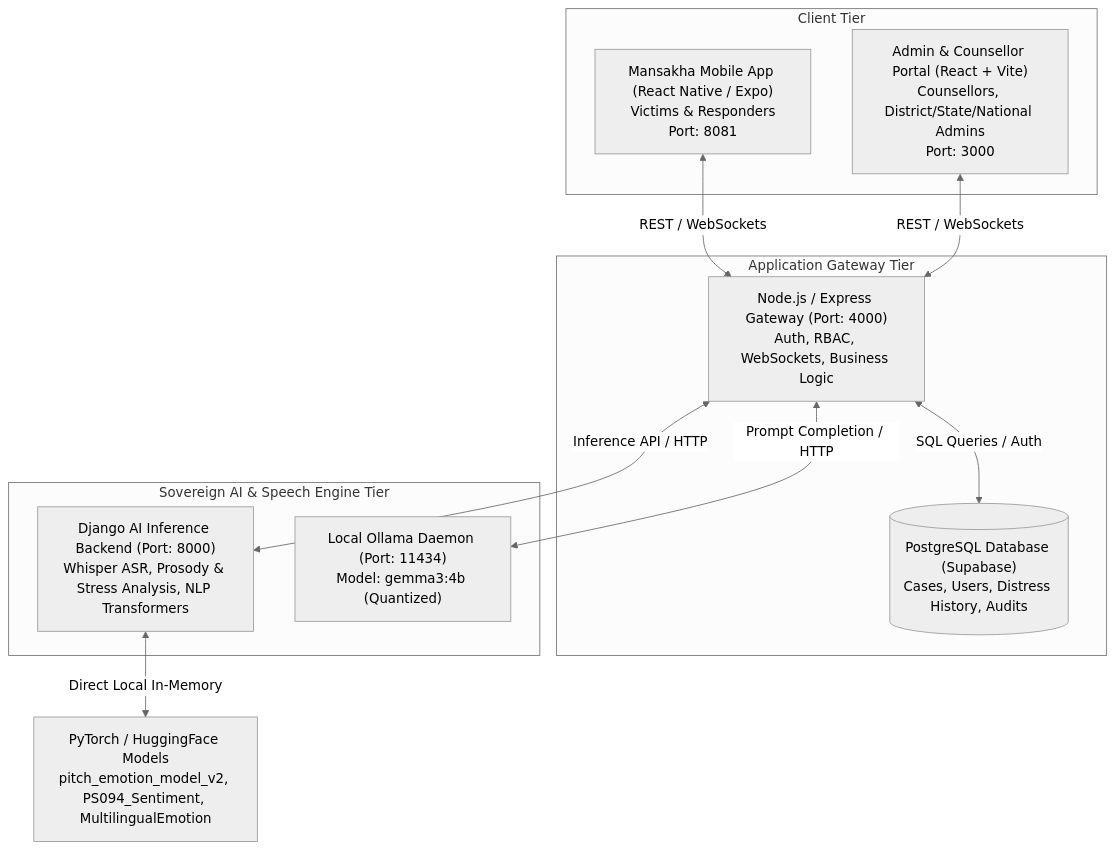
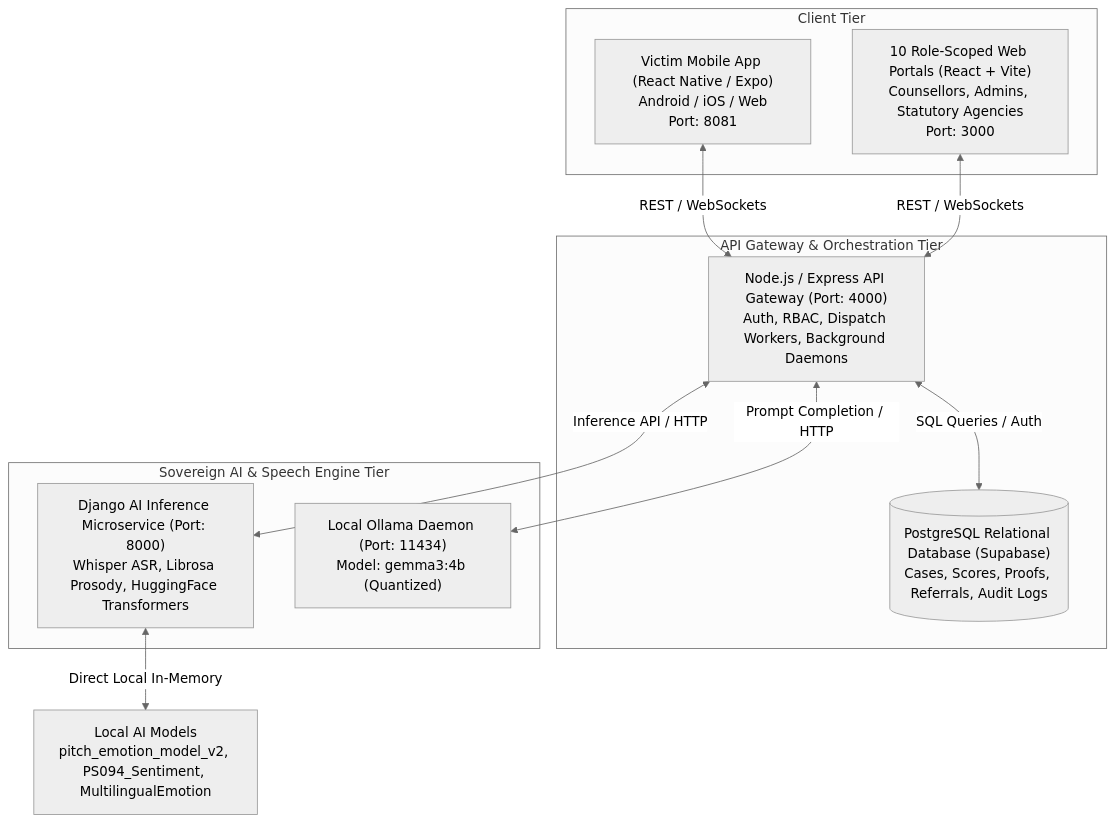
One commit to Ganga9115/Mansakha changed the second of 7 diagrams in Mansakha/README.md. Above: the diagram before and after it, drawn with Mermaid (neutral theme). The commit also changed other lines of this file, not shown here.

Commit message:
docs: enrich README with complete theoretical solutions and statutory workflows for PS 094

````diff
--- a/Mansakha/README.md
+++ b/Mansakha/README.md
@@ -30,24 +98,24 @@
 ```mermaid
 graph TD
     subgraph "Client Tier"
-        MobileApp["Mansakha Mobile App (React Native / Expo)<br/>Victims & Responders<br/>Port: 8081"]
-        WebPortal["Admin & Counsellor Portal (React + Vite)<br/>Counsellors, District/State/National Admins<br/>Port: 3000"]
+        MobileApp["Victim Mobile App (React Native / Expo)<br/>Android / iOS / Web<br/>Port: 8081"]
+        WebPortal["10 Role-Scoped Web Portals (React + Vite)<br/>Counsellors, Admins, Statutory Agencies<br/>Port: 3000"]
     end
 
-    subgraph "Application Gateway Tier"
-        NodeBackend["Node.js / Express Gateway (Port: 4000)<br/>Auth, RBAC, WebSockets, Business Logic"]
-        SupabaseDB[("PostgreSQL Database (Supabase)<br/>Cases, Users, Distress History, Audits")]
+    subgraph "API Gateway & Orchestration Tier"
+        NodeBackend["Node.js / Express API Gateway (Port: 4000)<br/>Auth, RBAC, Dispatch Workers, Background Daemons"]
+        SupabaseDB[("PostgreSQL Relational Database (Supabase)<br/>Cases, Scores, Proofs, Referrals, Audit Logs")]
     end
 
     subgraph "Sovereign AI & Speech Engine Tier"
-        DjangoAI["Django AI Inference Backend (Port: 8000)<br/>Whisper ASR, Prosody & Stress Analysis, NLP Transformers"]
+        DjangoAI["Django AI Inference Microservice (Port: 8000)<br/>Whisper ASR, Librosa Prosody, HuggingFace Transformers"]
         OllamaLLM["Local Ollama Daemon (Port: 11434)<br/>Model: gemma3:4b (Quantized)"]
     end
 
     MobileApp <-->|REST / WebSockets| NodeBackend
     WebPortal <-->|REST / WebSockets| NodeBackend
     NodeBackend <-->|SQL Queries / Auth| SupabaseDB
     NodeBackend <-->|Inference API / HTTP| DjangoAI
     NodeBackend <-->|Prompt Completion / HTTP| OllamaLLM
-    DjangoAI <-->|Direct Local In-Memory| Models["PyTorch / HuggingFace Models<br/>pitch_emotion_model_v2, PS094_Sentiment, MultilingualEmotion"]
+    DjangoAI <-->|Direct Local In-Memory| Models["Local AI Models<br/>pitch_emotion_model_v2, PS094_Sentiment, MultilingualEmotion"]
 ```
````
